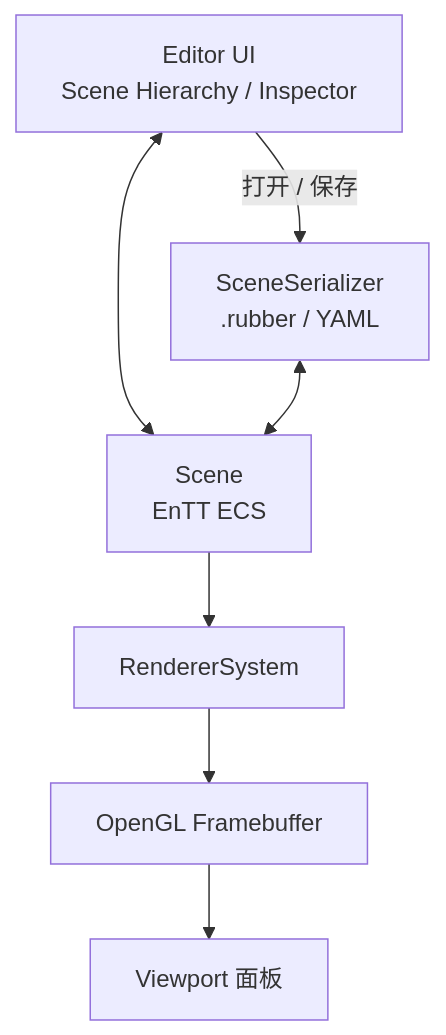
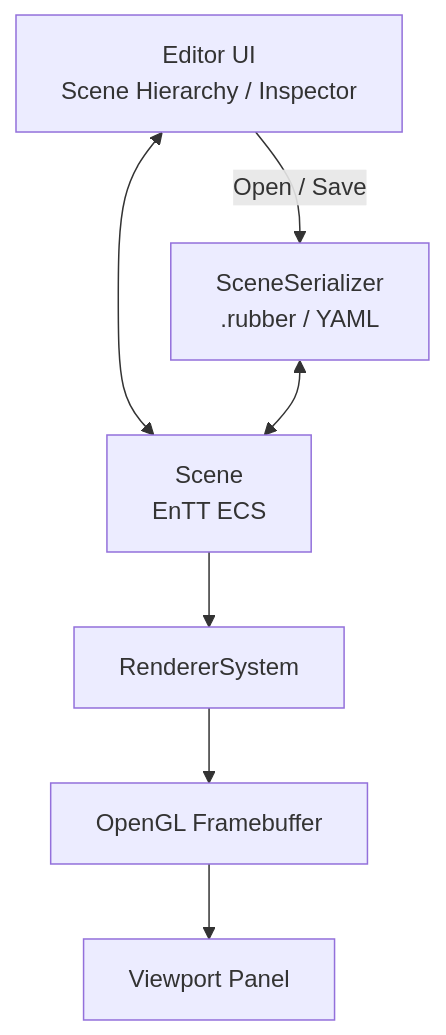
Before and after one commit to AAAiee/Rubber-2D-Game-Engine: the diagram in README.md, drawn with Mermaid. The commit also changed other lines of this file and 1 other file, not shown here.

````diff
--- a/README.md
+++ b/README.md
@@ -51,16 +51,16 @@
 ```mermaid
 flowchart TB
     UI["Editor UI<br/>Scene Hierarchy / Inspector"]
     Scene["Scene<br/>EnTT ECS"]
     Renderer["RendererSystem"]
     Framebuffer["OpenGL Framebuffer"]
-    Viewport["Viewport 面板"]
+    Viewport["Viewport Panel"]
     Serializer["SceneSerializer<br/>.rubber / YAML"]
 
     UI <--> Scene
     Scene --> Renderer
     Renderer --> Framebuffer
     Framebuffer --> Viewport
-    UI -->|打开 / 保存| Serializer
+    UI -->|Open / Save| Serializer
     Serializer <--> Scene
 ```
````
